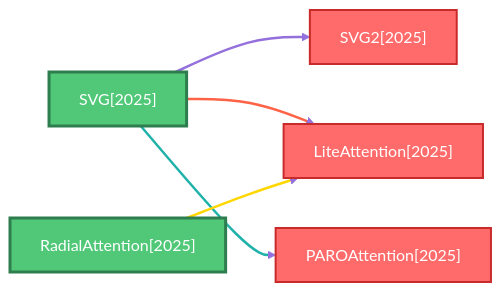
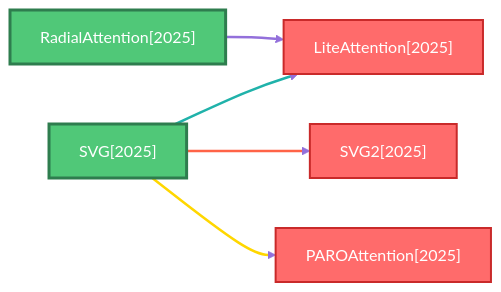
One commit to hustzxd/EfficientPaper changed the second of 6 diagrams in docs/baseline_methods_graph.md. Above: the diagram before and after it, drawn with Mermaid. The commit also changed other lines of this file and 15 other files, not shown here.

````diff
--- a/docs/baseline_methods_graph.md
+++ b/docs/baseline_methods_graph.md
@@ -61,27 +61,27 @@
 ```mermaid
 flowchart LR
     classDef defaultNode fill:#4A90E2,stroke:#2E5C8A,stroke-width:2px,color:#fff
     classDef rootNode fill:#50C878,stroke:#2E7D4E,stroke-width:3px,color:#fff
     classDef leafNode fill:#FF6B6B,stroke:#C92A2A,stroke-width:2px,color:#fff
     linkStyle default stroke:#9370DB,stroke-width:2px
 
+    2025_RadialAttention["RadialAttention[2025]"]
+    class 2025_RadialAttention rootNode
+    2025_SVG["SVG[2025]"]
+    class 2025_SVG rootNode
+    2025_LiteAttention["LiteAttention[2025]"]
+    class 2025_LiteAttention leafNode
+    2025_SVG2["SVG2[2025]"]
+    class 2025_SVG2 leafNode
     2025_PAROAttention["PAROAttention[2025]"]
     class 2025_PAROAttention leafNode
-    2025_SVG["SVG[2025]"]
-    class 2025_SVG rootNode
-    2025_RadialAttention["RadialAttention[2025]"]
-    class 2025_RadialAttention rootNode
-    2025_SVG2["SVG2[2025]"]
-    class 2025_SVG2 leafNode
-    2025_LiteAttention["LiteAttention[2025]"]
-    class 2025_LiteAttention leafNode
 
+    2025_RadialAttention ==>|" "| 2025_LiteAttention
+    linkStyle 0 stroke:#9370DB,stroke-width:2.5px
     2025_SVG ==>|" "| 2025_SVG2
-    linkStyle 0 stroke:#9370DB,stroke-width:2.5px
+    linkStyle 1 stroke:#FF6347,stroke-width:2.5px
     2025_SVG ==>|" "| 2025_LiteAttention
-    linkStyle 1 stroke:#FF6347,stroke-width:2.5px
+    linkStyle 2 stroke:#20B2AA,stroke-width:2.5px
     2025_SVG ==>|" "| 2025_PAROAttention
-    linkStyle 2 stroke:#20B2AA,stroke-width:2.5px
-    2025_RadialAttention ==>|" "| 2025_LiteAttention
     linkStyle 3 stroke:#FFD700,stroke-width:2.5px
 ```
````
